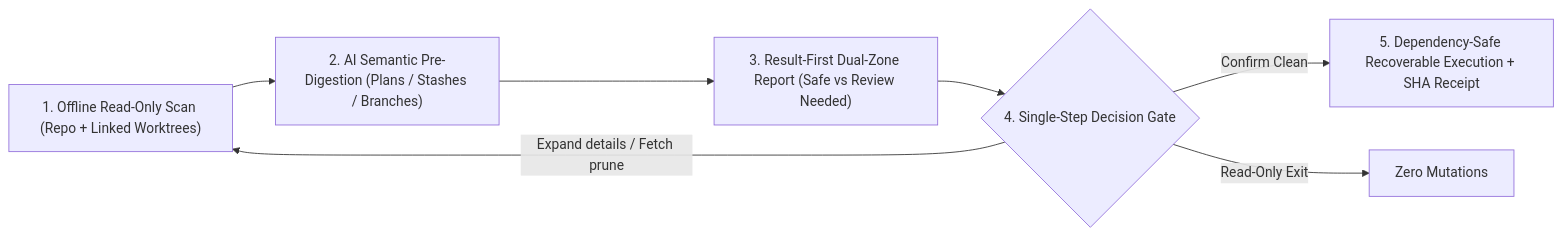
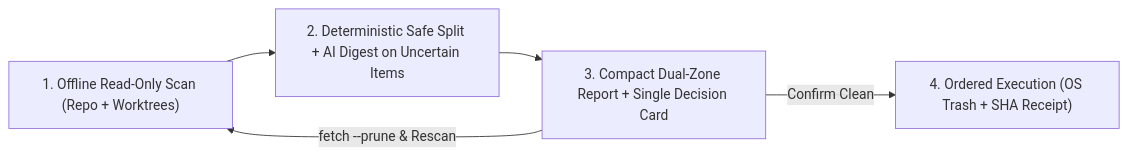
The diagram in skills/repo-clean/README.md (lastxuanain/ainward-skills), drawn with Mermaid before and after one commit. The commit also changed other lines of this file and 25 other files, not shown here.

````diff
--- a/skills/repo-clean/README.md
+++ b/skills/repo-clean/README.md
@@ -27,9 +14,7 @@
 ```mermaid
 flowchart LR
-    A["1. Offline Read-Only Scan (Repo + Linked Worktrees)"] --> B["2. AI Semantic Pre-Digestion (Plans / Stashes / Branches)"]
-    B --> C["3. Result-First Dual-Zone Report (Safe vs Review Needed)"]
-    C --> D{"4. Single-Step Decision Gate"}
-    D -- "Expand details / Fetch prune" --> A
-    D -- "Confirm Clean" --> E["5. Dependency-Safe Recoverable Execution + SHA Receipt"]
-    D -- "Read-Only Exit" --> F["Zero Mutations"]
+    A["1. Offline Read-Only Scan (Repo + Worktrees)"] --> B["2. Deterministic Safe Split + AI Digest on Uncertain Items"]
+    B --> C["3. Compact Dual-Zone Report + Single Decision Card"]
+    C -- "Confirm Clean" --> D["4. Ordered Execution (OS Trash + SHA Receipt)"]
+    C -- "fetch --prune & Rescan" --> A
 ```
````
